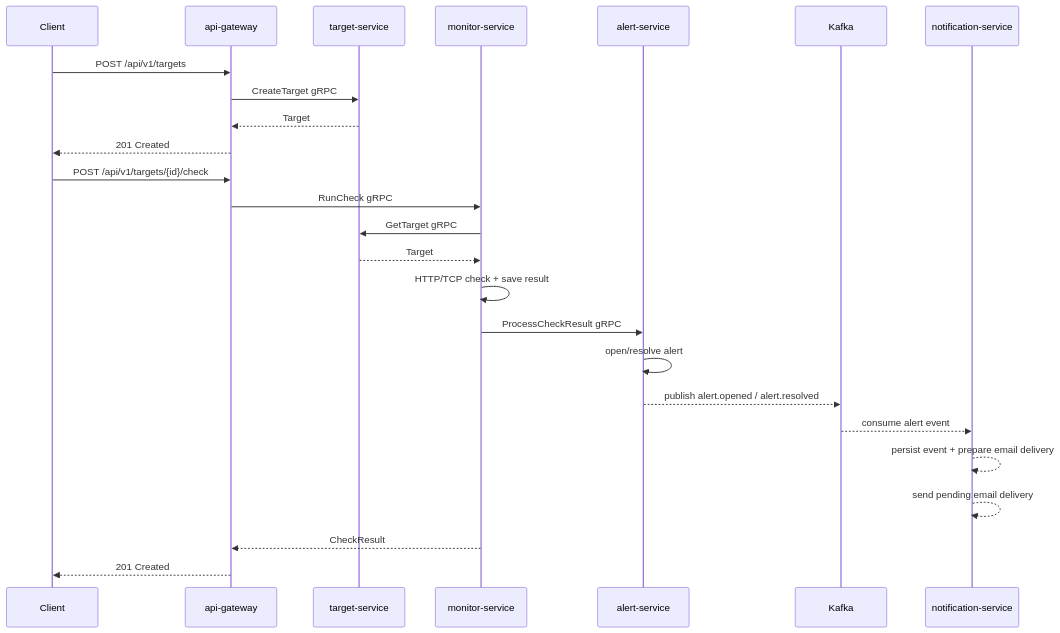
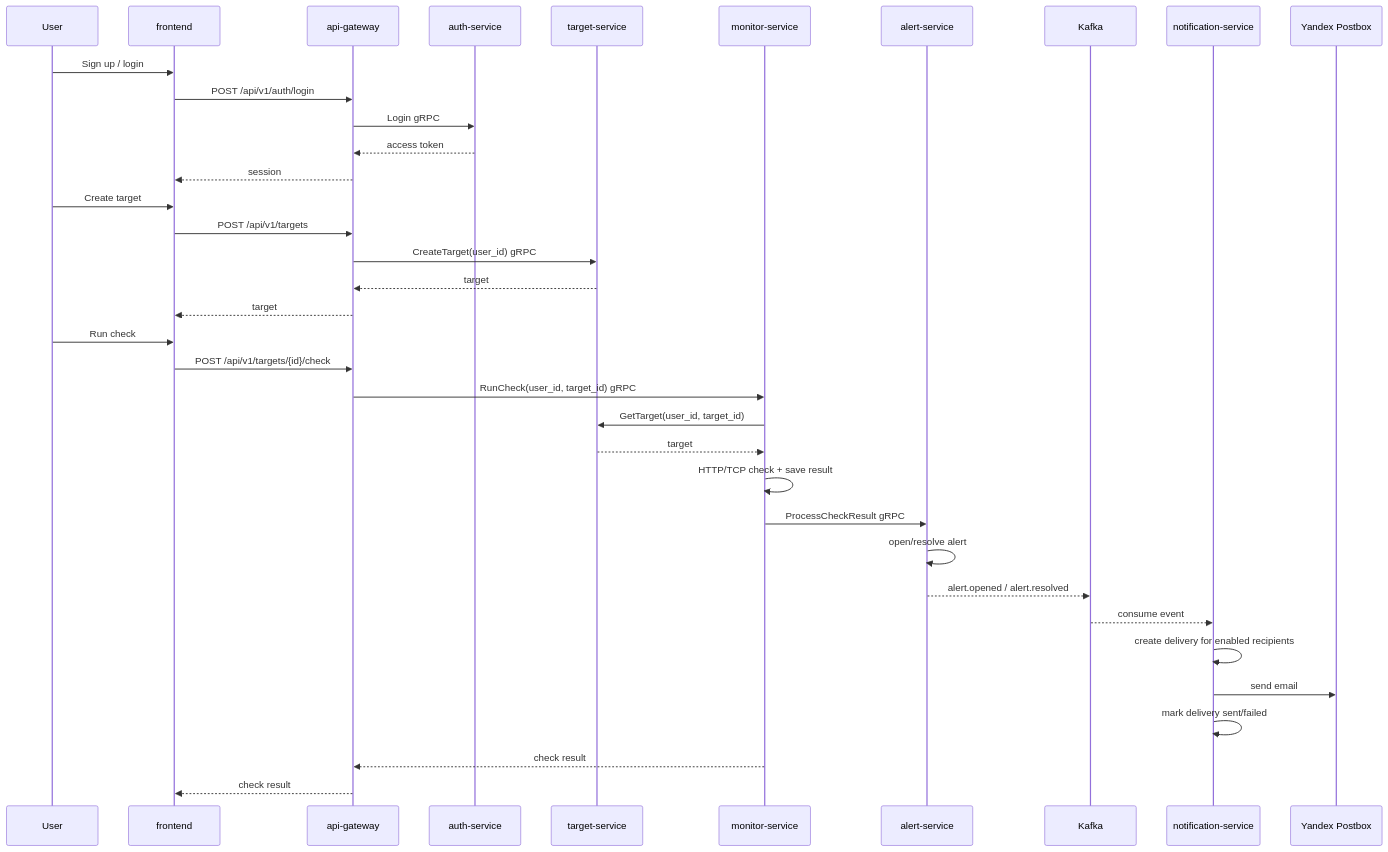
The second of 2 diagrams in README.md (arthast/NetWatch), drawn with Mermaid before and after one commit. The commit also changed other lines of this file and 7 other files, not shown here.

````diff
--- a/README.md
+++ b/README.md
@@ -244,29 +85,41 @@
 ```mermaid
 sequenceDiagram
-    participant C as Client
+    participant U as User
+    participant F as frontend
     participant G as api-gateway
+    participant AU as auth-service
     participant T as target-service
     participant M as monitor-service
     participant A as alert-service
     participant K as Kafka
     participant N as notification-service
+    participant E as Yandex Postbox
 
-    C->>G: POST /api/v1/targets
-    G->>T: CreateTarget gRPC
-    T-->>G: Target
-    G-->>C: 201 Created
+    U->>F: Sign up / login
+    F->>G: POST /api/v1/auth/login
+    G->>AU: Login gRPC
+    AU-->>G: access token
+    G-->>F: session
 
-    C->>G: POST /api/v1/targets/{id}/check
-    G->>M: RunCheck gRPC
-    M->>T: GetTarget gRPC
-    T-->>M: Target
+    U->>F: Create target
+    F->>G: POST /api/v1/targets
+    G->>T: CreateTarget(user_id) gRPC
+    T-->>G: target
+    G-->>F: target
+
+    U->>F: Run check
+    F->>G: POST /api/v1/targets/{id}/check
+    G->>M: RunCheck(user_id, target_id) gRPC
+    M->>T: GetTarget(user_id, target_id)
+    T-->>M: target
     M->>M: HTTP/TCP check + save result
     M->>A: ProcessCheckResult gRPC
     A->>A: open/resolve alert
-    A-->>K: publish alert.opened / alert.resolved
-    K-->>N: consume alert event
-    N-->>N: persist event + prepare email delivery
-    N-->>N: send pending email delivery
-    M-->>G: CheckResult
-    G-->>C: 201 Created
+    A-->>K: alert.opened / alert.resolved
+    K-->>N: consume event
+    N->>N: create delivery for enabled recipients
+    N->>E: send email
+    N->>N: mark delivery sent/failed
+    M-->>G: check result
+    G-->>F: check result
 ```
````
